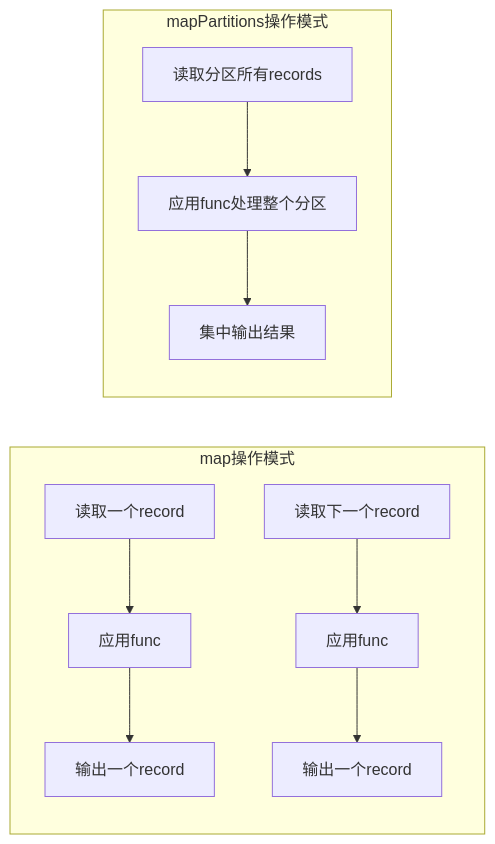
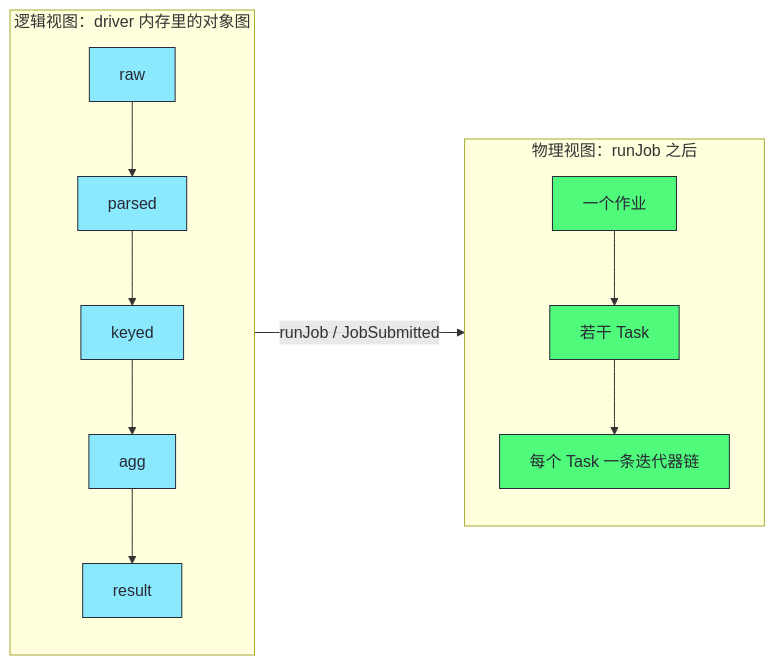
One commit to hpliStartAgain/my-brain changed the fifth of 5 diagrams in content/大数据/Spark/读书笔记-spark内核/03_调度与执行机制/3. Spark逻辑处理流程详解.md. Above: the diagram before and after it, drawn with Mermaid. The commit also changed other lines of this file and 259 other files, not shown here.

````diff
--- a/content/大数据/Spark/读书笔记-spark内核/03_调度与执行机制/3. Spark逻辑处理流程详解.md
+++ b/content/大数据/Spark/读书笔记-spark内核/03_调度与执行机制/3. Spark逻辑处理流程详解.md
@@ -243,11 +599,15 @@
 ```mermaid
+%%{init: {'theme': 'dracula'}}%%
 flowchart LR
-    subgraph "map操作模式"
-        A["读取一个record"] --> B["应用func"] --> C["输出一个record"]
-        D["读取下一个record"] --> E["应用func"] --> F["输出一个record"]
+    subgraph L["逻辑视图：driver 内存里的对象图"]
+        L1["raw"] --> L2["parsed"] --> L3["keyed"] --> L4["agg"] --> L5["result"]
     end
-    
-    subgraph "mapPartitions操作模式"
-        G["读取分区所有records"] --> H["应用func处理整个分区"] --> I["集中输出结果"]
+    subgraph P["物理视图：runJob 之后"]
+        P1["一个作业"] --> P2["若干 Task"] --> P3["每个 Task 一条迭代器链"]
     end
+    L -->|"runJob / JobSubmitted"| P
+    classDef log fill:#8be9fd,stroke:#282a36,color:#282a36
+    classDef phy fill:#50fa7b,stroke:#282a36,color:#282a36
+    class L1,L2,L3,L4,L5 log
+    class P1,P2,P3 phy
 ```
````
